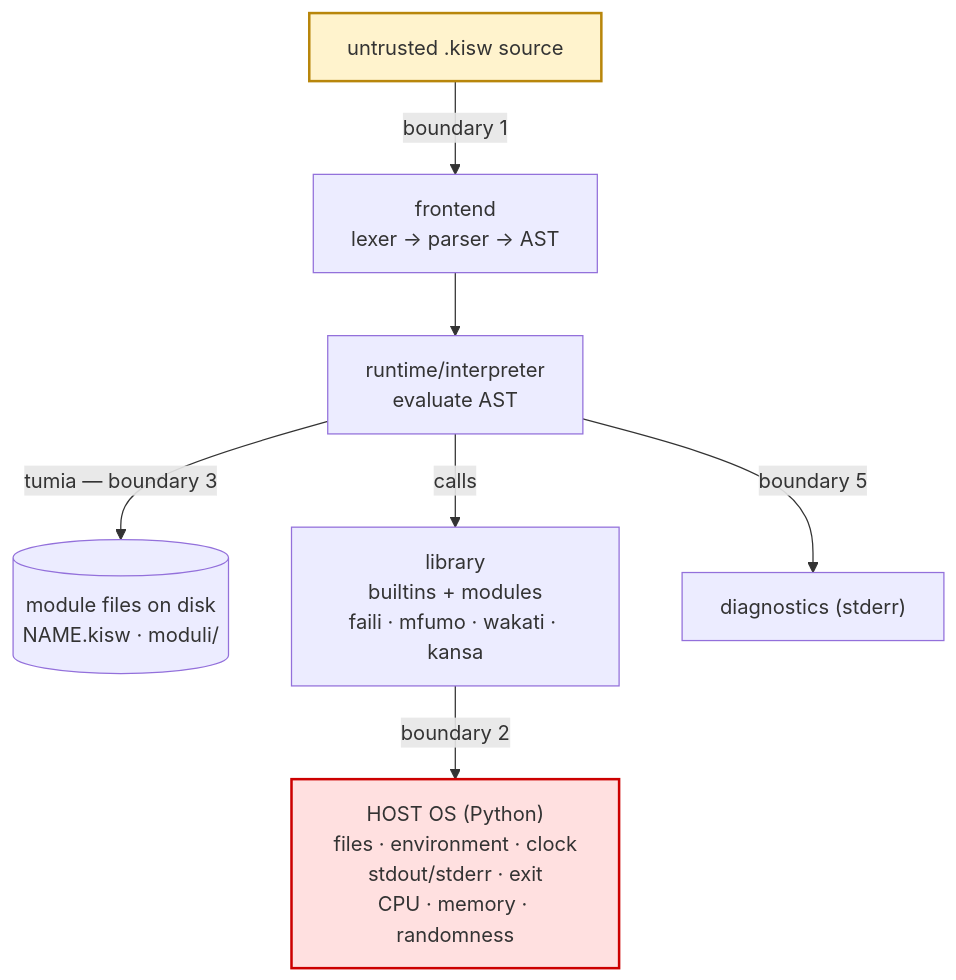
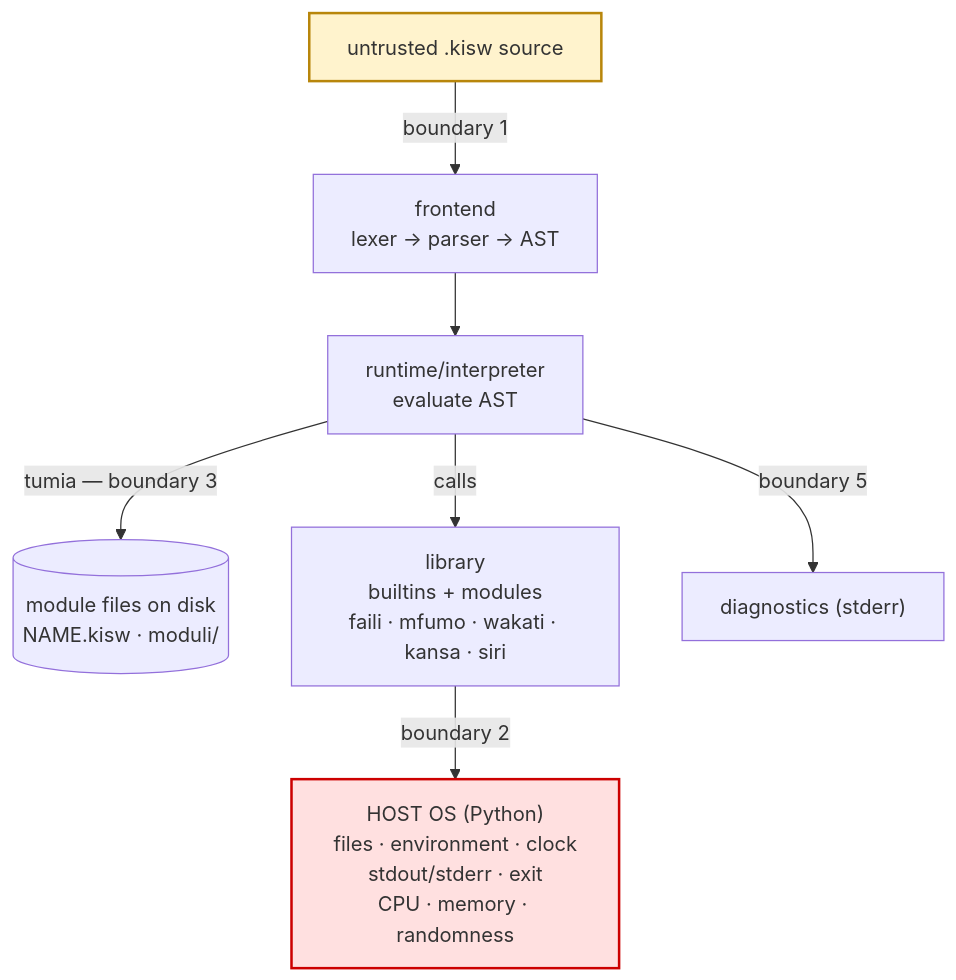
The diagram in docs/security/threat-model.md (Daniell22-dot/Swahili), drawn with Mermaid before and after one commit. The commit also changed other lines of this file and 9 other files, not shown here.

````diff
--- a/docs/security/threat-model.md
+++ b/docs/security/threat-model.md
@@ -85,22 +85,22 @@
 ```mermaid
 flowchart TD
     src["untrusted .kisw source"]
     fe["frontend<br/>lexer → parser → AST"]
     rt["runtime/interpreter<br/>evaluate AST"]
     files[("module files on disk<br/>NAME.kisw · moduli/")]
-    lib["library<br/>builtins + modules<br/>faili · mfumo · wakati · kansa"]
+    lib["library<br/>builtins + modules<br/>faili · mfumo · wakati · kansa · siri"]
     host["HOST OS (Python)<br/>files · environment · clock<br/>stdout/stderr · exit<br/>CPU · memory · randomness"]
     diag["diagnostics (stderr)"]
 
     src -->|"boundary 1"| fe
     fe --> rt
     rt -->|"tumia — boundary 3"| files
     rt -->|"calls"| lib
     lib -->|"boundary 2"| host
     rt -->|"boundary 5"| diag
 
     classDef untrusted fill:#fff3cd,stroke:#b8860b,stroke-width:2px;
     classDef hostZone fill:#ffe0e0,stroke:#c00,stroke-width:2px;
     class src untrusted;
     class host hostZone;
 ```
````
